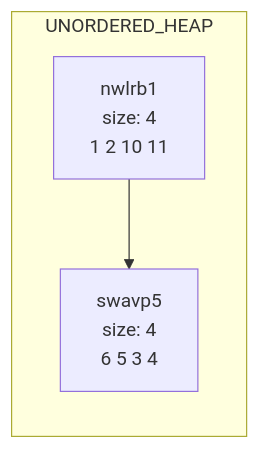
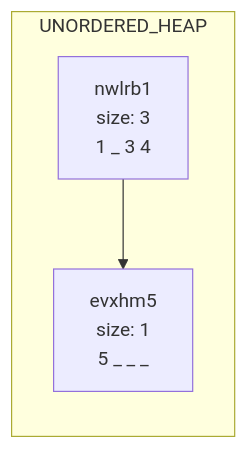
The second of 2 diagrams in data/chart.md (princevarshney05/BPTree), drawn with Mermaid before and after one commit. The commit also changed other lines of this file and 5 other files, not shown here.

````diff
--- a/data/chart.md
+++ b/data/chart.md
@@ -19,8 +11,8 @@
 ```mermaid
 graph LR
 subgraph UNORDERED_HEAP
-nwlrb1[nwlrb1<br/>size: 4<br/>1 2 10 11 ]
-swavp5[swavp5<br/>size: 4<br/>6 5 3 4 ]
-nwlrb1-->swavp5
+nwlrb1[nwlrb1<br/>size: 3<br/>1 _ 3 4 ]
+evxhm5[evxhm5<br/>size: 1<br/>5 _ _ _ ]
+nwlrb1-->evxhm5
 end
 ```
````
